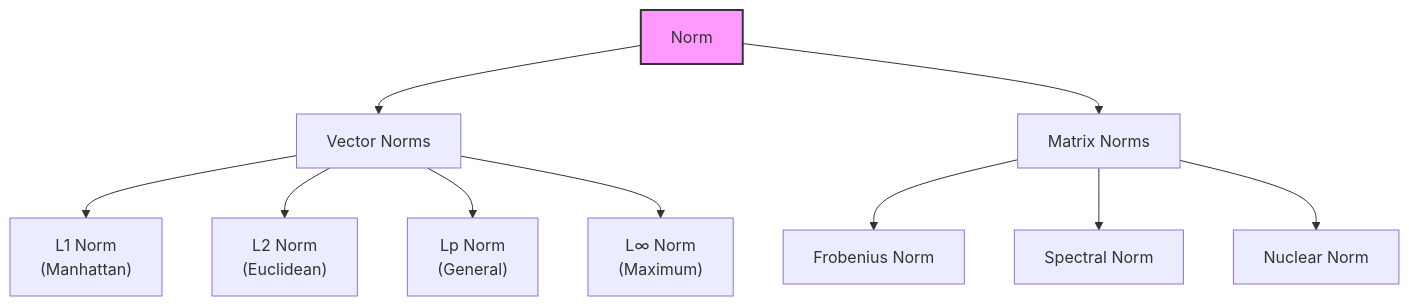
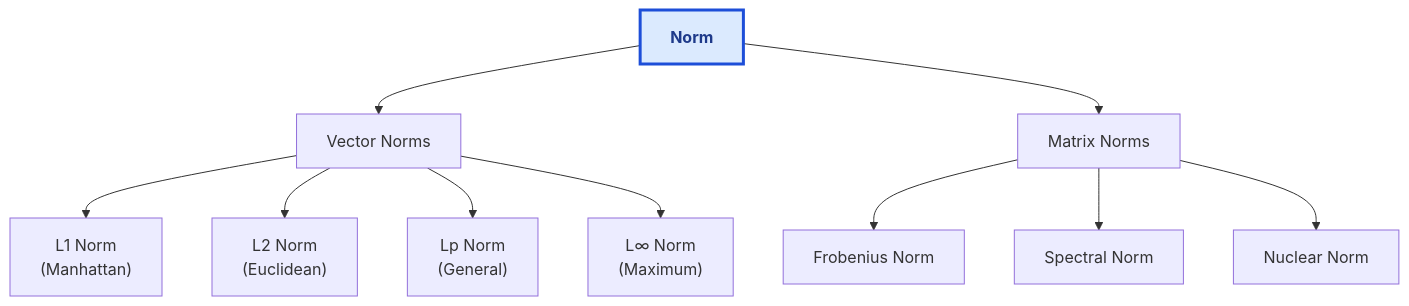
Before and after one commit to ilwon-seo/terms: the first of 3 diagrams in N/Norm (mathematics).md, drawn with Mermaid. The commit also changed other lines of this file and 18 other files, not shown here.

Commit message:
Standardize current-term Mermaid styling

````diff
--- a/N/Norm (mathematics).md
+++ b/N/Norm (mathematics).md
@@ -30,16 +30,17 @@
 ```mermaid
 graph TD
     Root[Norm] --> Vector[Vector Norms]
     Root --> Matrix[Matrix Norms]
     
     Vector --> L1["L1 Norm<br>(Manhattan)"]
     Vector --> L2["L2 Norm<br>(Euclidean)"]
     Vector --> Lp["Lp Norm<br>(General)"]
     Vector --> Linf["L∞ Norm<br>(Maximum)"]
     
     Matrix --> Frob["Frobenius Norm"]
     Matrix --> Spec["Spectral Norm"]
     Matrix --> Nuc["Nuclear Norm"]
     
-    style Root fill:#f9f,stroke:#333,stroke-width:2px
+    classDef currentTerm fill:#dbeafe,stroke:#1d4ed8,stroke-width:3px,color:#1e3a8a,font-weight:bold
+    class Root currentTerm
 ```
````
